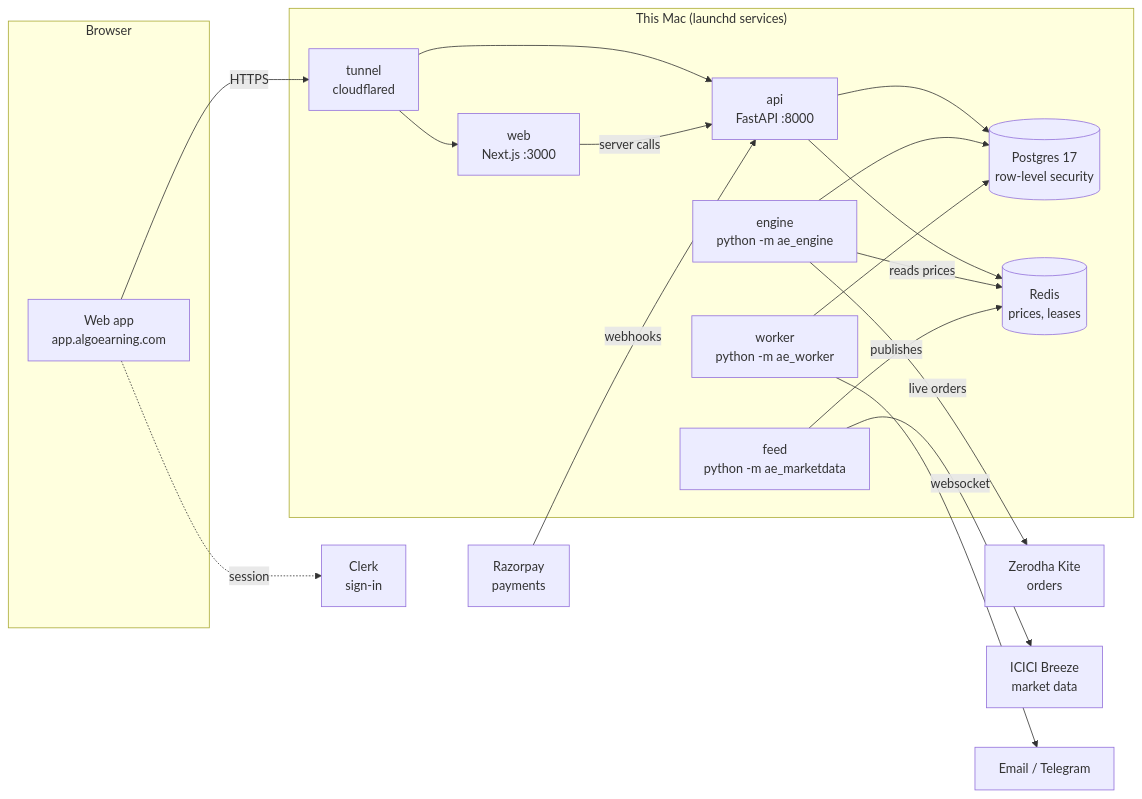
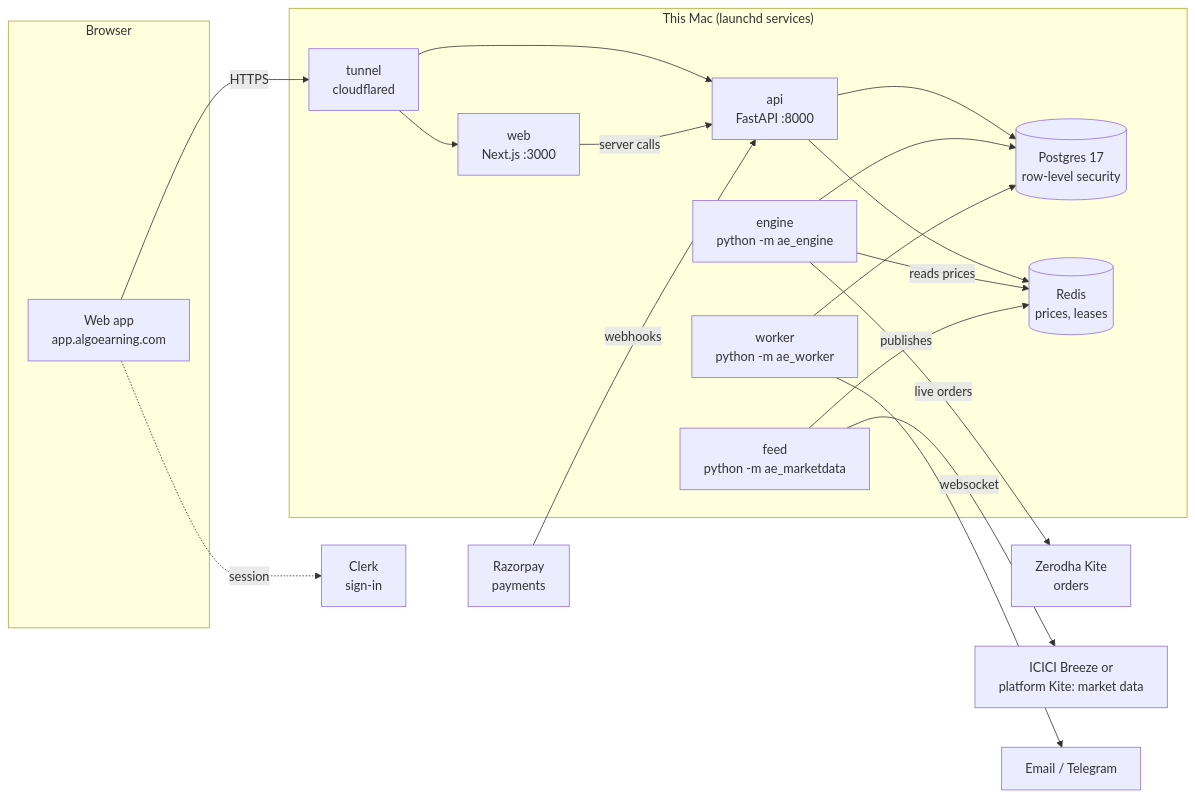
The diagram in docs/ARCHITECTURE.md (rohitkr/algoearning), drawn with Mermaid before and after one commit. The commit also changed other lines of this file and 26 other files, not shown here.

````diff
--- a/docs/ARCHITECTURE.md
+++ b/docs/ARCHITECTURE.md
@@ -10,37 +10,37 @@
 ```mermaid
 flowchart LR
   subgraph Browser
     UI[Web app<br/>app.algoearning.com]
   end
   subgraph "This Mac (launchd services)"
     WEB[web<br/>Next.js :3000]
     API[api<br/>FastAPI :8000]
     ENG[engine<br/>python -m ae_engine]
     FEED[feed<br/>python -m ae_marketdata]
     WRK[worker<br/>python -m ae_worker]
     PG[(Postgres 17<br/>row-level security)]
     RD[(Redis<br/>prices, leases)]
     CF[tunnel<br/>cloudflared]
   end
   CLERK[Clerk<br/>sign-in]
   KITE[Zerodha Kite<br/>orders]
-  BREEZE[ICICI Breeze<br/>market data]
+  BREEZE[ICICI Breeze or<br/>platform Kite: market data]
   RZP[Razorpay<br/>payments]
   TG[Email / Telegram]
 
   UI -- HTTPS --> CF
   CF --> WEB
   CF --> API
   UI -. session .-> CLERK
   WEB -- server calls --> API
   API --> PG
   API --> RD
   ENG --> PG
   ENG -- reads prices --> RD
   ENG -- live orders --> KITE
   FEED -- websocket --> BREEZE
   FEED -- publishes --> RD
   WRK --> PG
   WRK --> TG
   RZP -- webhooks --> API
 ```
````
